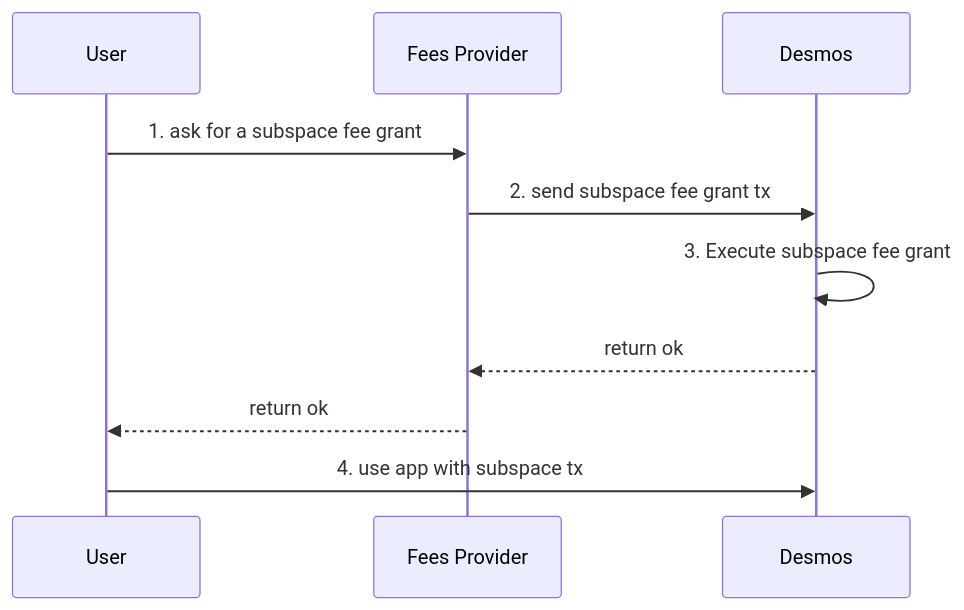
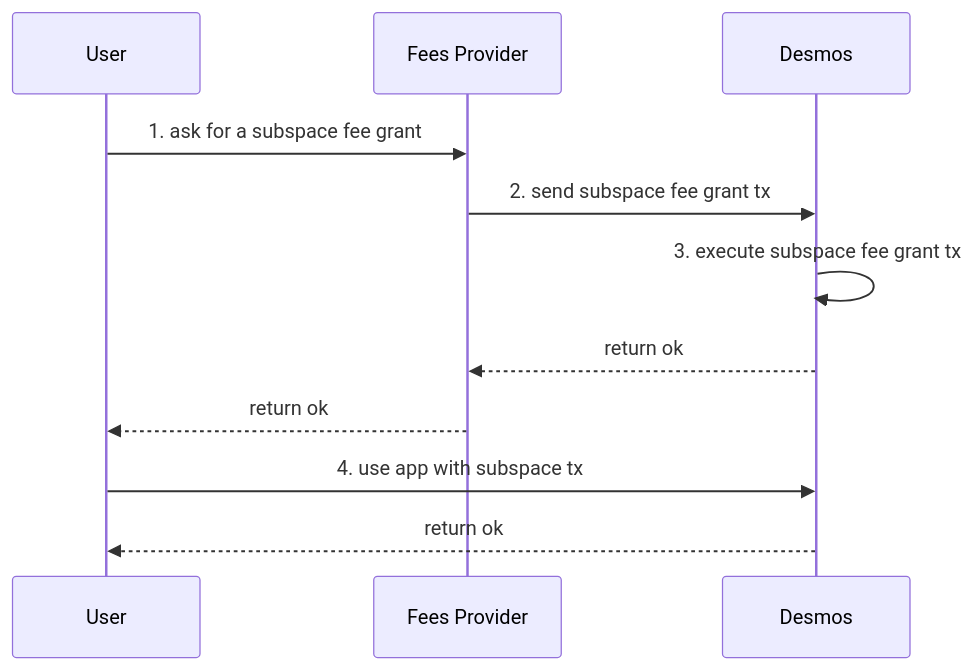
The first of 2 diagrams in docs/architecture/adr-017-subspace-fee-grant.md (desmos-labs/desmos), drawn with Mermaid before and after one commit. The commit also changed other lines of this file, not shown here.

````diff
--- a/docs/architecture/adr-017-subspace-fee-grant.md
+++ b/docs/architecture/adr-017-subspace-fee-grant.md
@@ -31,14 +31,15 @@
 ```mermaid
 sequenceDiagram
     participant User
     participant Fees Provider
     participant Desmos
     
     User->>Fees Provider: 1. ask for a subspace fee grant
     Fees Provider->>Desmos: 2. send subspace fee grant tx
-    Desmos->>Desmos: 3. Execute subspace fee grant
+    Desmos->>Desmos: 3. execute subspace fee grant tx
     Desmos-->>Fees Provider:  return ok
     Fees Provider-->>User: return ok
 
     User->>Desmos: 4. use app with subspace tx
+    Desmos-->>User: return ok
 ```
````
